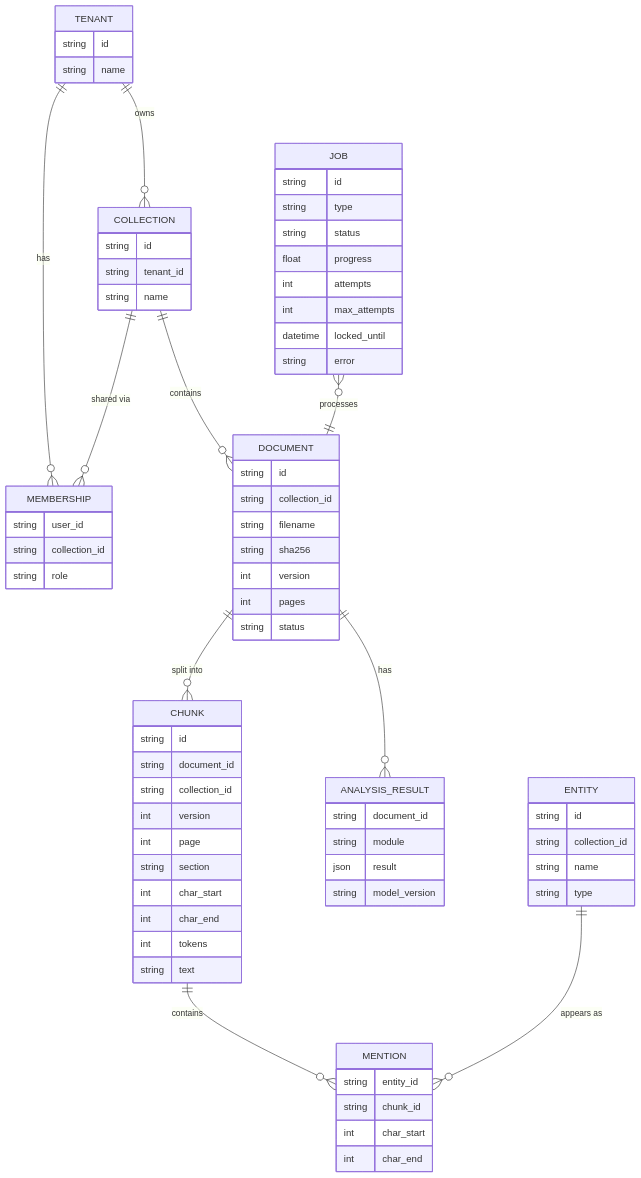
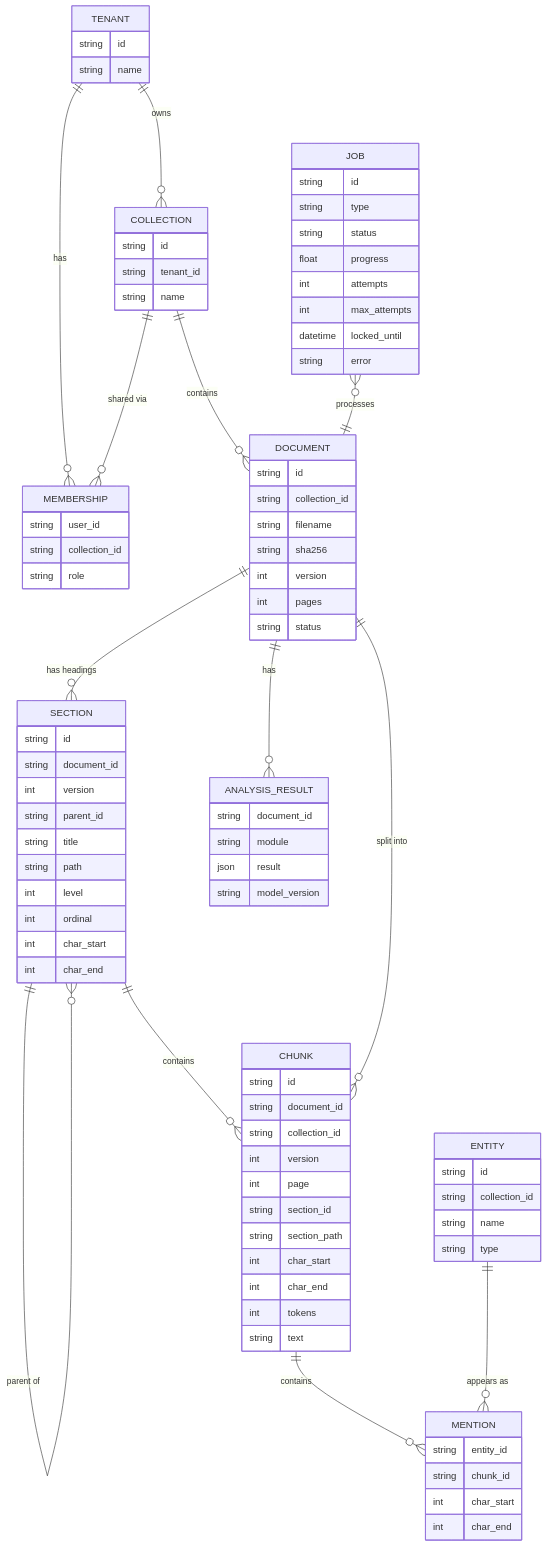
One commit to MKD2004/CADIS changed the fourth of 6 diagrams in CADIS V2.md. Above: the diagram before and after it, drawn with Mermaid. The commit also changed other lines of this file and 4 other files, not shown here.

````diff
--- a/CADIS V2.md
+++ b/CADIS V2.md
@@ -327,22 +362,26 @@
 ```mermaid
 erDiagram
     TENANT ||--o{ COLLECTION : owns
     TENANT ||--o{ MEMBERSHIP : has
     COLLECTION ||--o{ MEMBERSHIP : "shared via"
     COLLECTION ||--o{ DOCUMENT : contains
+    DOCUMENT ||--o{ SECTION : "has headings"
+    SECTION ||--o{ SECTION : "parent of"
+    SECTION ||--o{ CHUNK : contains
     DOCUMENT ||--o{ CHUNK : "split into"
     DOCUMENT ||--o{ ANALYSIS_RESULT : has
     CHUNK ||--o{ MENTION : contains
     ENTITY ||--o{ MENTION : "appears as"
     JOB }o--|| DOCUMENT : processes
 
     TENANT { string id  string name }
     MEMBERSHIP { string user_id  string collection_id  string role }
     COLLECTION { string id  string tenant_id  string name }
     DOCUMENT { string id  string collection_id  string filename  string sha256  int version  int pages  string status }
-    CHUNK { string id  string document_id  string collection_id  int version  int page  string section  int char_start  int char_end  int tokens  string text }
+    SECTION { string id  string document_id  int version  string parent_id  string title  string path  int level  int ordinal  int char_start  int char_end }
+    CHUNK { string id  string document_id  string collection_id  int version  int page  string section_id  string section_path  int char_start  int char_end  int tokens  string text }
     ANALYSIS_RESULT { string document_id  string module  json result  string model_version }
     ENTITY { string id  string collection_id  string name  string type }
     MENTION { string entity_id  string chunk_id  int char_start  int char_end }
     JOB { string id  string type  string status  float progress  int attempts  int max_attempts  datetime locked_until  string error }
 ```
````
